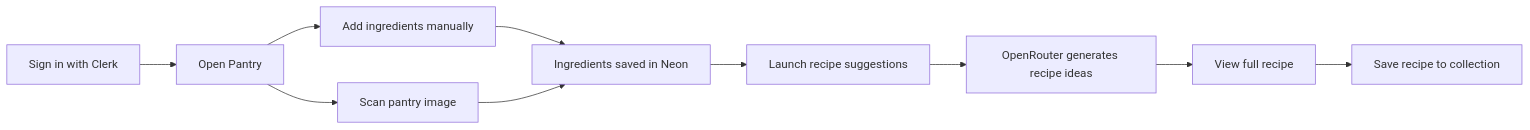
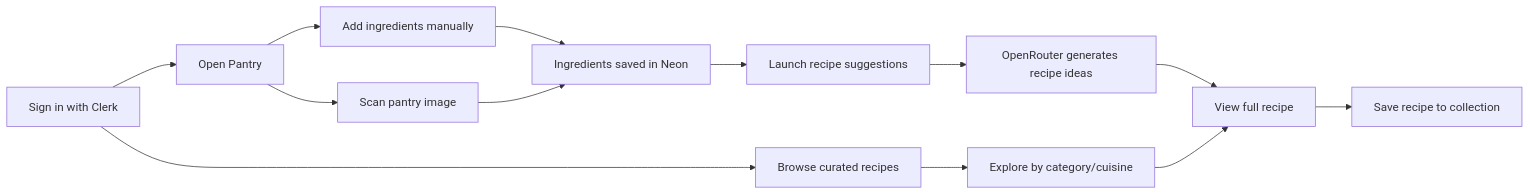
The second of 2 diagrams in README.md (deepakgudi-pixel/prepai), drawn with Mermaid before and after one commit. The commit also changed other lines of this file, not shown here.

````diff
--- a/README.md
+++ b/README.md
@@ -33,12 +36,15 @@
 ```mermaid
 graph LR
     A["Sign in with Clerk"] --> B["Open Pantry"]
     B --> C["Add ingredients manually"]
     B --> D["Scan pantry image"]
     C --> E["Ingredients saved in Neon"]
     D --> E
     E --> F["Launch recipe suggestions"]
     F --> G["OpenRouter generates recipe ideas"]
     G --> H["View full recipe"]
     H --> I["Save recipe to collection"]
+    A --> J["Browse curated recipes"]
+    J --> K["Explore by category/cuisine"]
+    K --> H
 ```
````
